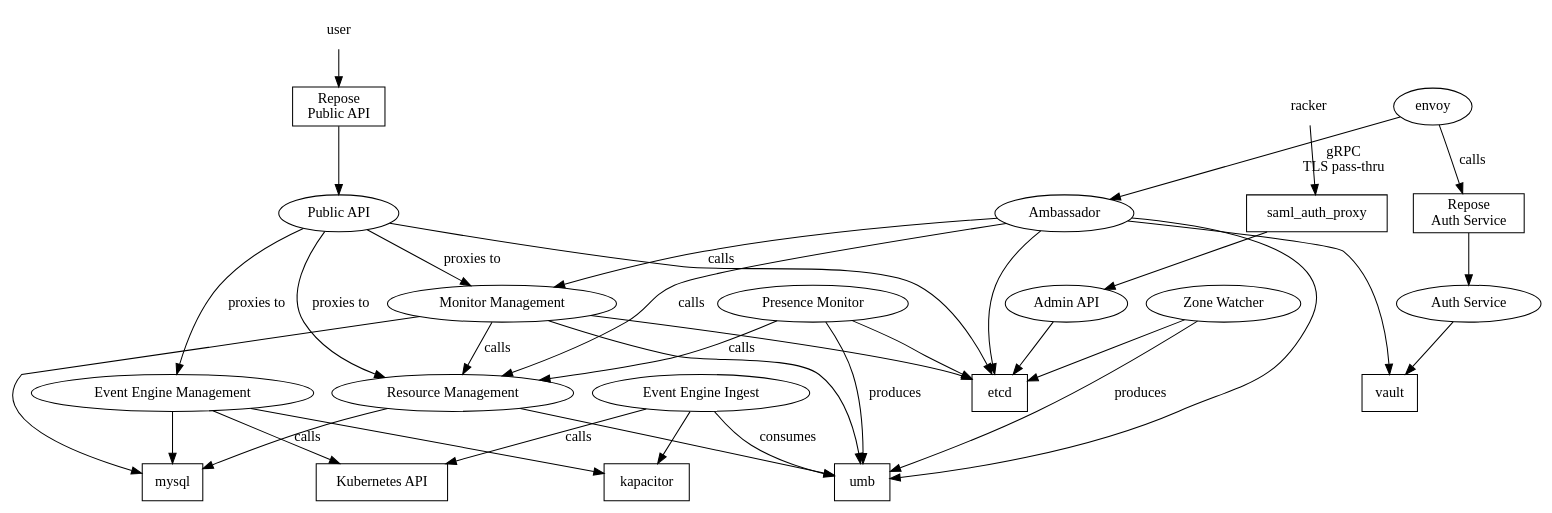
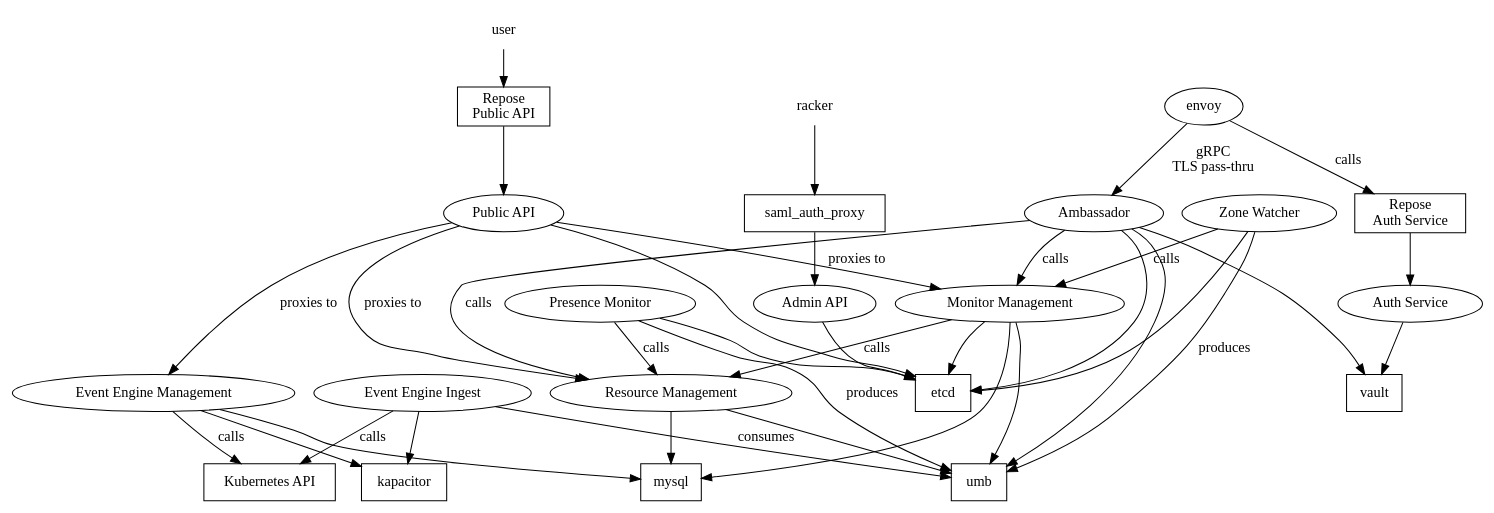
Before and after one commit to racker/salus-telemetry-bundle: the diagram in docs/salus-dependencies.dot, drawn with Graphviz.

Commit message:
Added zw->mm call dependency

```diff
--- a/docs/salus-dependencies.dot
+++ b/docs/salus-dependencies.dot
@@ -1,73 +1,74 @@
 digraph G {
  user [shape="none"]
  racker [shape="none"]
  envoy
 
  // box shape == 3rd party software
  mysql [shape="box"]
  repose_auth [shape="box", label="Repose\nAuth Service"]
  repose_public_api [shape="box", label="Repose\nPublic API"]
  kapacitor [shape="box"]
  kube_api [shape="box", label="Kubernetes API"]
  vault [shape="box"]
  etcd [shape="box"]
  umb [shape="box"]
  saml_auth_proxy [shape="box"]
 
  // Salus modules
  public_api [label="Public API"]
  admin_api [label="Admin API"]
  pm [label="Presence Monitor"]
  auth [label="Auth Service"]
  ambassador [label="Ambassador"]
  evm [label="Event Engine Management"]
  evi [label="Event Engine Ingest"]
  rm [label="Resource Management"]
  mm [label="Monitor Management"]
  zw [label="Zone Watcher"]
 
  evm -> kapacitor
  evm -> mysql
  evm -> kube_api [label="calls"]
 
  evi -> kapacitor
  evi -> umb [label="consumes"]
  evi -> kube_api [label="calls"]
 
  rm -> umb
  rm -> mysql
 
  mm -> umb
  mm -> rm [label="calls"]
  mm -> mysql
  mm -> etcd
 
  pm -> umb [label="produces"]
  pm -> etcd
  pm -> rm [label="calls"]
 
  zw -> etcd
  zw -> umb [label="produces"]
+ zw -> mm [label="calls"]
 
  envoy -> ambassador [label="gRPC\nTLS pass-thru"]
  ambassador -> umb
  ambassador -> etcd
  ambassador -> vault
  ambassador -> mm [label="calls"]
  ambassador -> rm [label="calls"]
 
  envoy -> repose_auth [label="calls"]
  repose_auth -> auth
  auth -> vault
 
  user -> repose_public_api
  repose_public_api -> public_api
  public_api -> etcd
  public_api -> rm [label="proxies to"]
  public_api -> mm [label="proxies to"]
  public_api -> evm [label="proxies to"]
 
  racker -> saml_auth_proxy
  saml_auth_proxy -> admin_api
  admin_api -> etcd
 }
```
